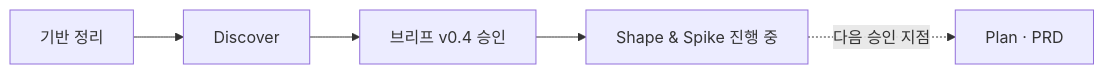
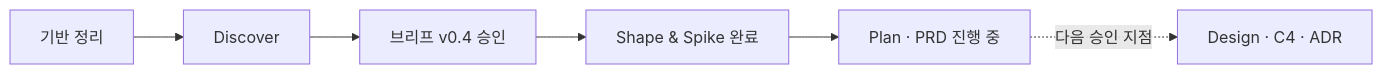
Before and after one commit to shotgun1107/codex-usage-tracker: the second of 2 diagrams in PROCESS.md, drawn with Mermaid. The commit also changed other lines of this file and 6 other files, not shown here.

Commit message:
docs: define v1 product and ledger schema

````diff
--- a/PROCESS.md
+++ b/PROCESS.md
@@ -76,5 +76,5 @@
 ```mermaid
 flowchart LR
-    A["기반 정리"] --> B["Discover"] --> C["브리프 v0.4 승인"] --> D["Shape & Spike 진행 중"]
-    D -. "다음 승인 지점" .-> E["Plan · PRD"]
+    A["기반 정리"] --> B["Discover"] --> C["브리프 v0.4 승인"] --> D["Shape & Spike 완료"] --> E["Plan · PRD 진행 중"]
+    E -. "다음 승인 지점" .-> F["Design · C4 · ADR"]
 ```
````
